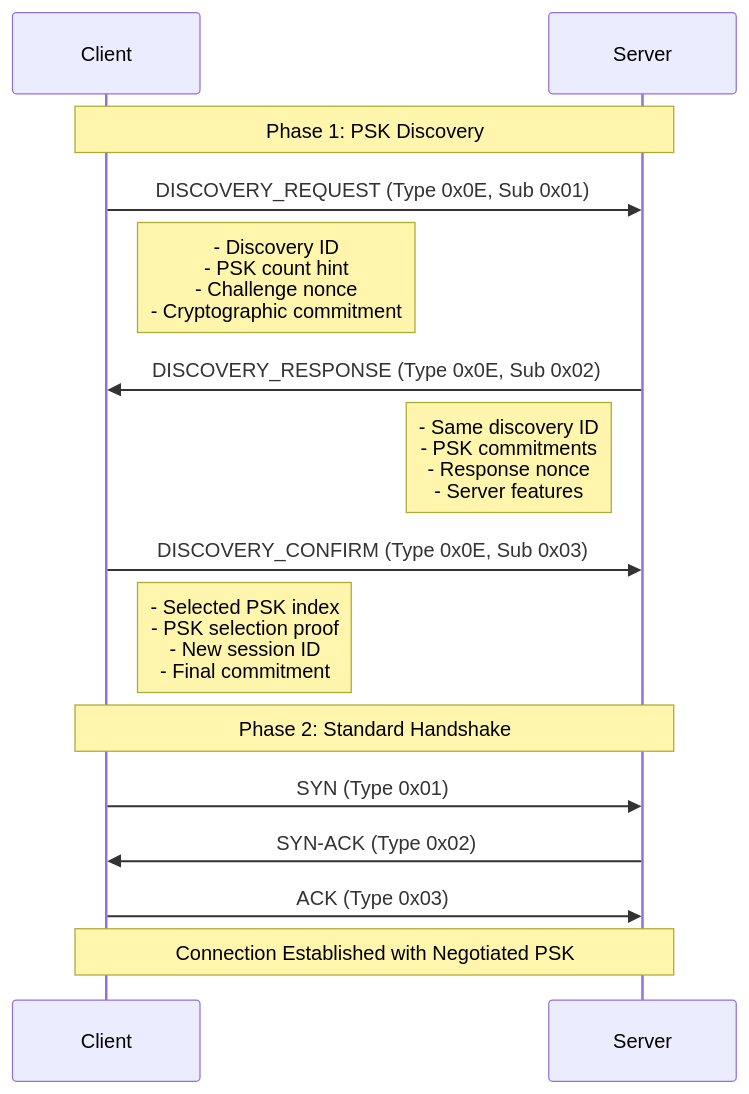
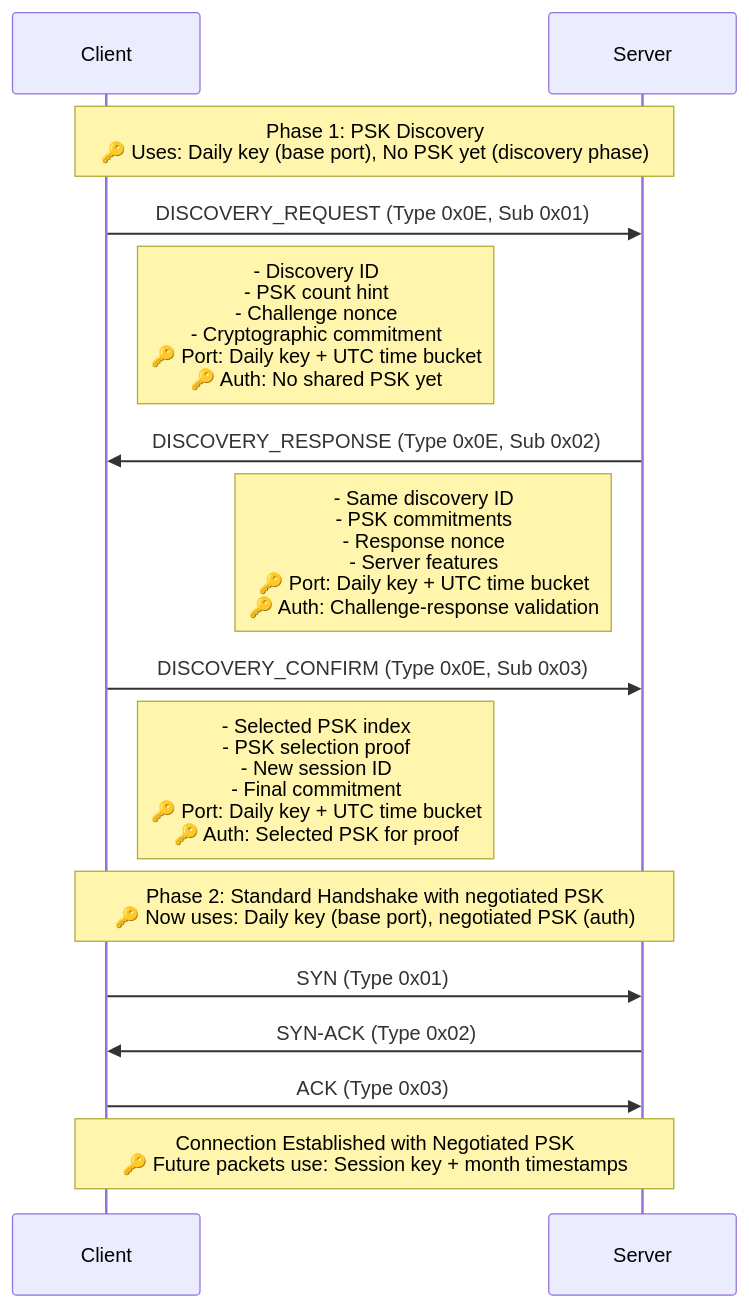
Before and after one commit to aidanmorgan/buckwild: the second of 44 diagrams in design/protocol/14-sequence-diagrams.md, drawn with Mermaid. The commit also changed other lines of this file and 9 other files, not shown here.

````diff
--- a/design/protocol/14-sequence-diagrams.md
+++ b/design/protocol/14-sequence-diagrams.md
@@ -46,22 +46,22 @@
 ```mermaid
 sequenceDiagram
     participant Client
     participant Server
     
-    Note over Client,Server: Phase 1: PSK Discovery
+    Note over Client,Server: Phase 1: PSK Discovery<br/>🔑 Uses: Daily key (base port), No PSK yet (discovery phase)
     Client->>Server: DISCOVERY_REQUEST (Type 0x0E, Sub 0x01)
-    Note right of Client: - Discovery ID<br/>- PSK count hint<br/>- Challenge nonce<br/>- Cryptographic commitment
+    Note right of Client: - Discovery ID<br/>- PSK count hint<br/>- Challenge nonce<br/>- Cryptographic commitment<br/>🔑 Port: Daily key + UTC time bucket<br/>🔑 Auth: No shared PSK yet
     
     Server->>Client: DISCOVERY_RESPONSE (Type 0x0E, Sub 0x02)
-    Note left of Server: - Same discovery ID<br/>- PSK commitments<br/>- Response nonce<br/>- Server features
+    Note left of Server: - Same discovery ID<br/>- PSK commitments<br/>- Response nonce<br/>- Server features<br/>🔑 Port: Daily key + UTC time bucket<br/>🔑 Auth: Challenge-response validation
     
     Client->>Server: DISCOVERY_CONFIRM (Type 0x0E, Sub 0x03)
-    Note right of Client: - Selected PSK index<br/>- PSK selection proof<br/>- New session ID<br/>- Final commitment
+    Note right of Client: - Selected PSK index<br/>- PSK selection proof<br/>- New session ID<br/>- Final commitment<br/>🔑 Port: Daily key + UTC time bucket<br/>🔑 Auth: Selected PSK for proof
     
-    Note over Client,Server: Phase 2: Standard Handshake
+    Note over Client,Server: Phase 2: Standard Handshake with negotiated PSK<br/>🔑 Now uses: Daily key (base port), negotiated PSK (auth)
     Client->>Server: SYN (Type 0x01)
     Server->>Client: SYN-ACK (Type 0x02)
     Client->>Server: ACK (Type 0x03)
     
-    Note over Client,Server: Connection Established with Negotiated PSK
+    Note over Client,Server: Connection Established with Negotiated PSK<br/>🔑 Future packets use: Session key + month timestamps
 ```
````
